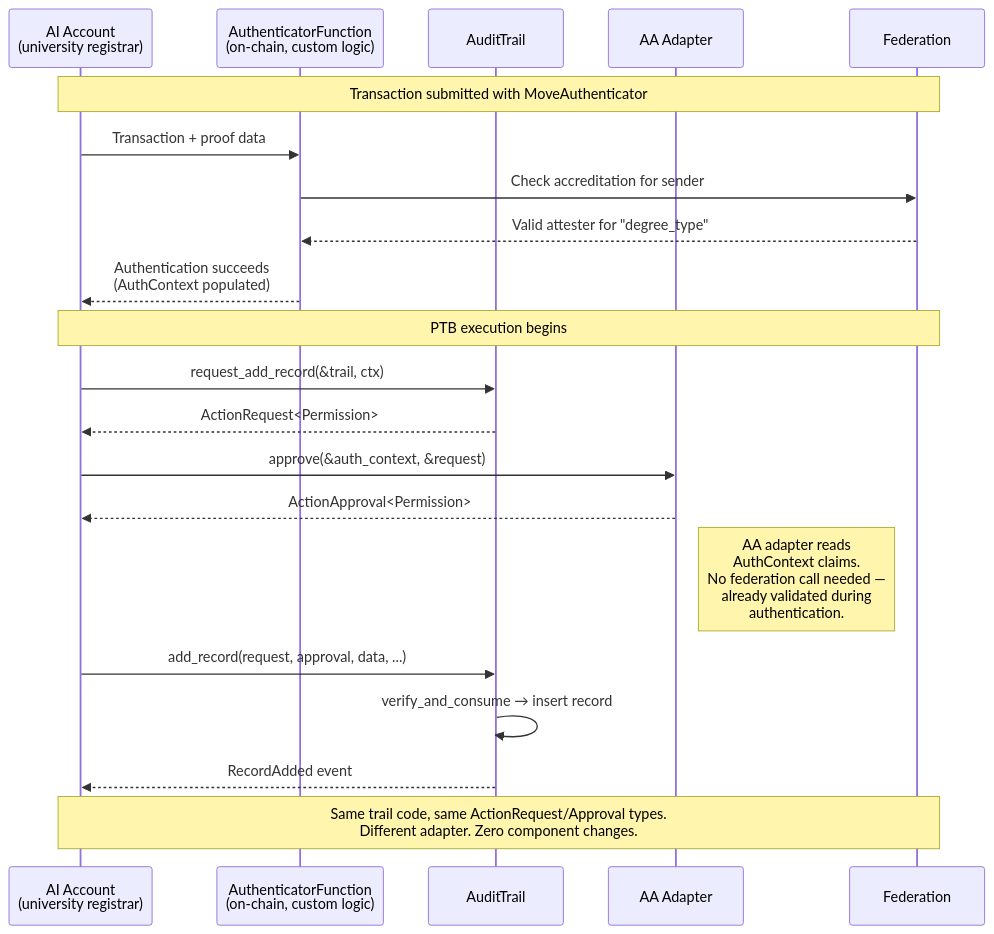
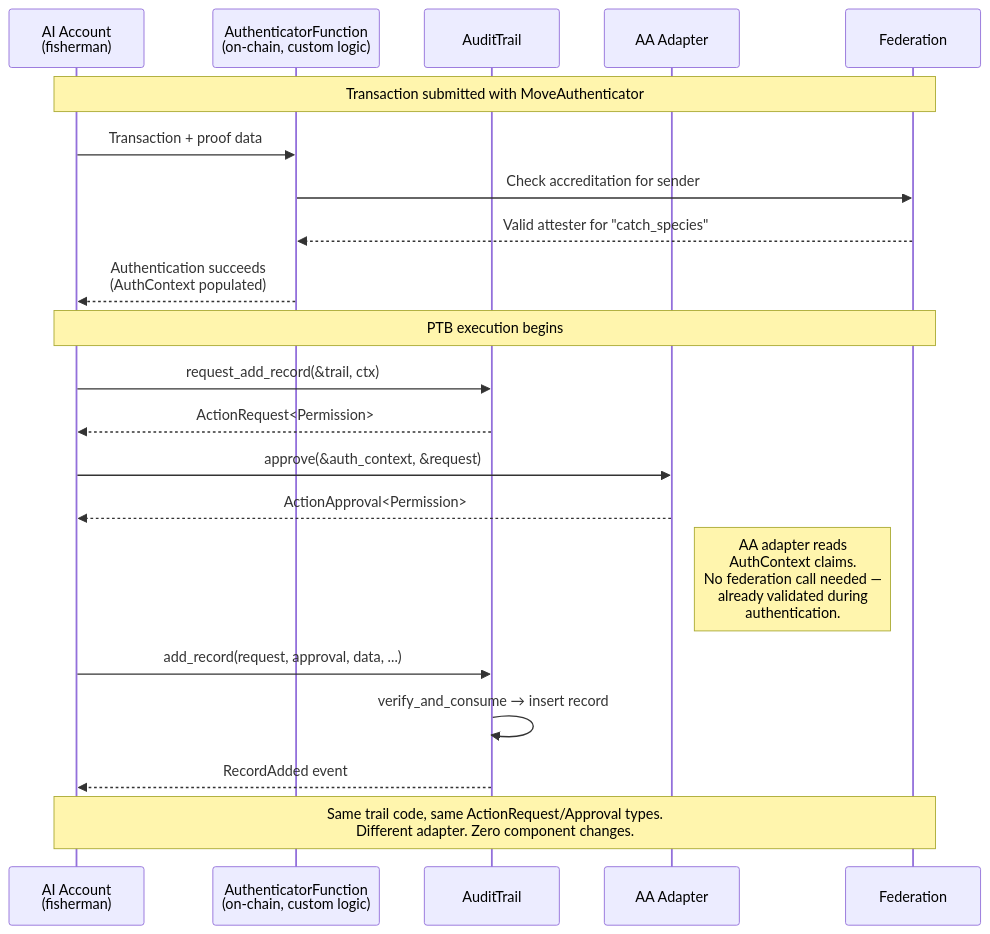
Diagram 12 of 13 in resources/access-controller-bridge.md (qrayven/acb), drawn with Mermaid before and after one commit. The commit also changed other lines of this file, not shown here.

````diff
--- a/resources/access-controller-bridge.md
+++ b/resources/access-controller-bridge.md
@@ -994,30 +1264,30 @@
 ```mermaid
 sequenceDiagram
-    participant User as AI Account<br/>(university registrar)
+    participant User as AI Account<br/>(fisherman)
     participant Auth as AuthenticatorFunction<br/>(on-chain, custom logic)
     participant Trail as AuditTrail
     participant AA as AA Adapter
     participant Fed as Federation
 
     Note over User,Fed: Transaction submitted with MoveAuthenticator
 
     User->>Auth: Transaction + proof data
     Auth->>Fed: Check accreditation for sender
-    Fed-->>Auth: Valid attester for "degree_type"
+    Fed-->>Auth: Valid attester for "catch_species"
     Auth-->>User: Authentication succeeds<br/>(AuthContext populated)
 
     Note over User,Fed: PTB execution begins
 
     User->>Trail: request_add_record(&trail, ctx)
     Trail-->>User: ActionRequest<Permission>
 
     User->>AA: approve(&auth_context, &request)
     AA-->>User: ActionApproval<Permission>
     Note right of AA: AA adapter reads<br/>AuthContext claims.<br/>No federation call needed —<br/>already validated during<br/>authentication.
 
     User->>Trail: add_record(request, approval, data, ...)
     Trail->>Trail: verify_and_consume → insert record
     Trail-->>User: RecordAdded event
 
     Note over User,Fed: Same trail code, same ActionRequest/Approval types.<br/>Different adapter. Zero component changes.
 ```
````
